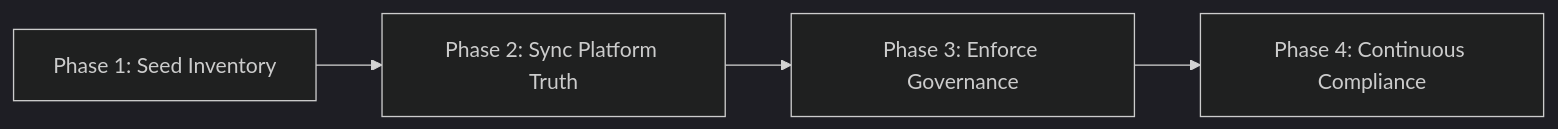
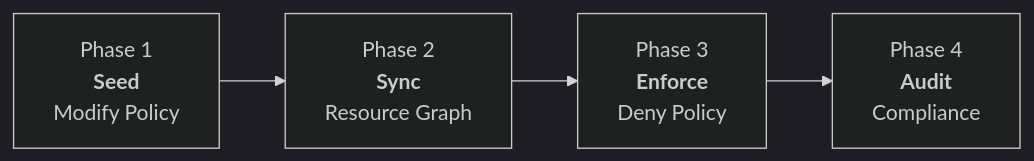
Before and after one commit to ozanberkpolat/ozanberkpolat.github.io: the diagram in _posts/2026-03-12-mastering-azure-vm-tagging.md, drawn with Mermaid (dark theme).

````diff
--- a/_posts/2026-03-12-mastering-azure-vm-tagging.md
+++ b/_posts/2026-03-12-mastering-azure-vm-tagging.md
@@ -16,10 +16,10 @@
 ```mermaid
 flowchart LR
 
-Seed["Phase 1: Seed Inventory"]
-Sync["Phase 2: Sync Platform Truth"]
-Enforce["Phase 3: Enforce Governance"]
-Audit["Phase 4: Continuous Compliance"]
+A["Phase 1<br><b>Seed</b><br>Modify Policy"]
+B["Phase 2<br><b>Sync</b><br>Resource Graph"]
+C["Phase 3<br><b>Enforce</b><br>Deny Policy"]
+D["Phase 4<br><b>Audit</b><br>Compliance"]
 
-Seed --> Sync --> Enforce --> Audit
+A --> B --> C --> D
 ```
````
